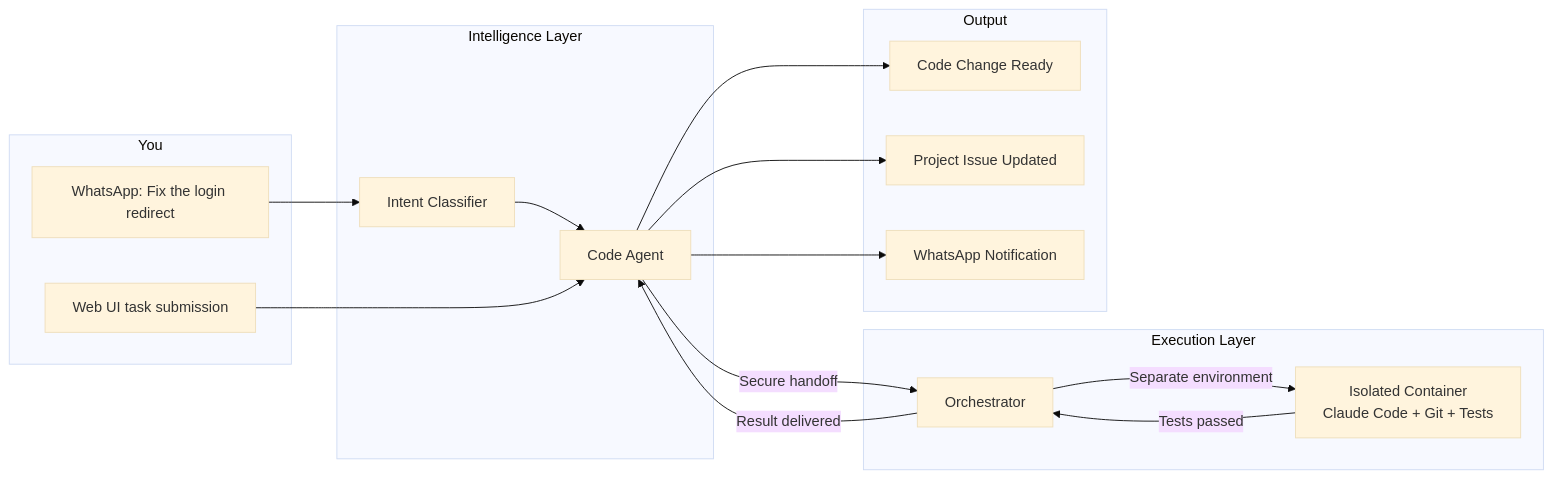
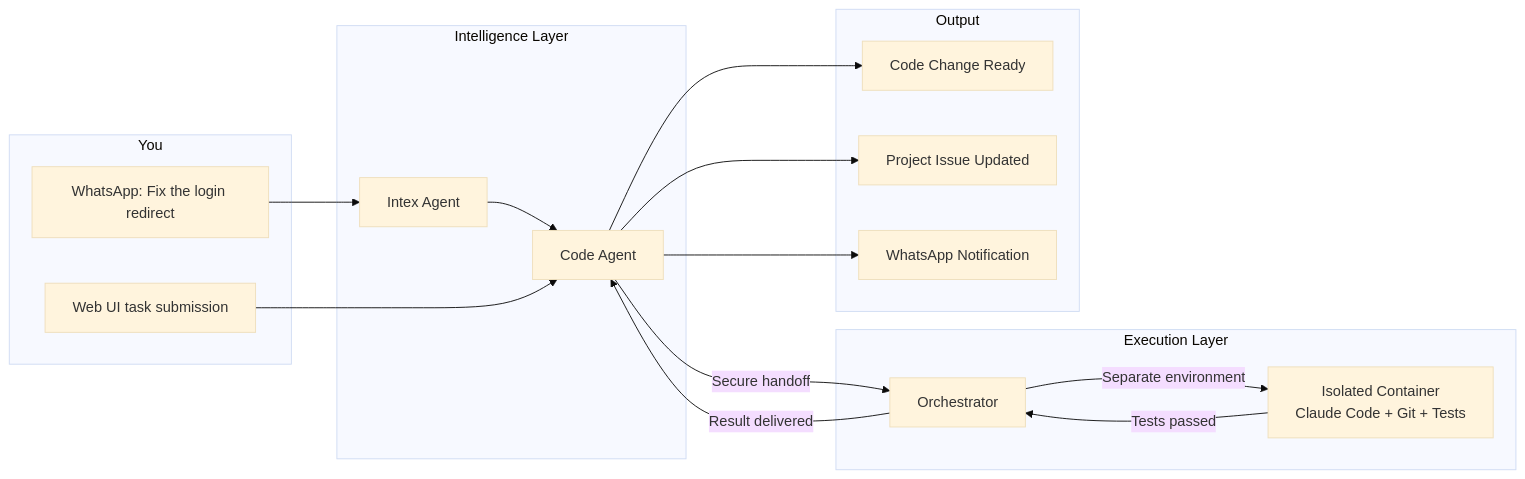
Before and after one commit to pbuchman/intexuraos: the first of 4 diagrams in README.md, drawn with Mermaid (base theme). The commit also changed other lines of this file and 607 other files, not shown here.

````diff
--- a/README.md
+++ b/README.md
@@ -55,33 +55,33 @@
 ```mermaid
 graph LR
     subgraph "You"
         WA["WhatsApp: Fix the login redirect"]
         WEB[Web UI task submission]
     end
 
     subgraph "Intelligence Layer"
-        CMD[Intent Classifier]
+        INTEX[Intex Agent]
         CA[Code Agent]
     end
 
     subgraph "Execution Layer"
         ORCH[Orchestrator]
         CW["Isolated Container<br>Claude Code + Git + Tests"]
     end
 
     subgraph "Output"
         PR[Code Change Ready]
         LIN[Project Issue Updated]
         NOTIFY[WhatsApp Notification]
     end
 
-    WA --> CMD --> CA
+    WA --> INTEX --> CA
     WEB --> CA
     CA -->|"Secure handoff"| ORCH
     ORCH -->|"Separate environment"| CW
     CW -->|"Tests passed"| ORCH
     ORCH -->|"Result delivered"| CA
     CA --> PR
     CA --> LIN
     CA --> NOTIFY
 ```
````
